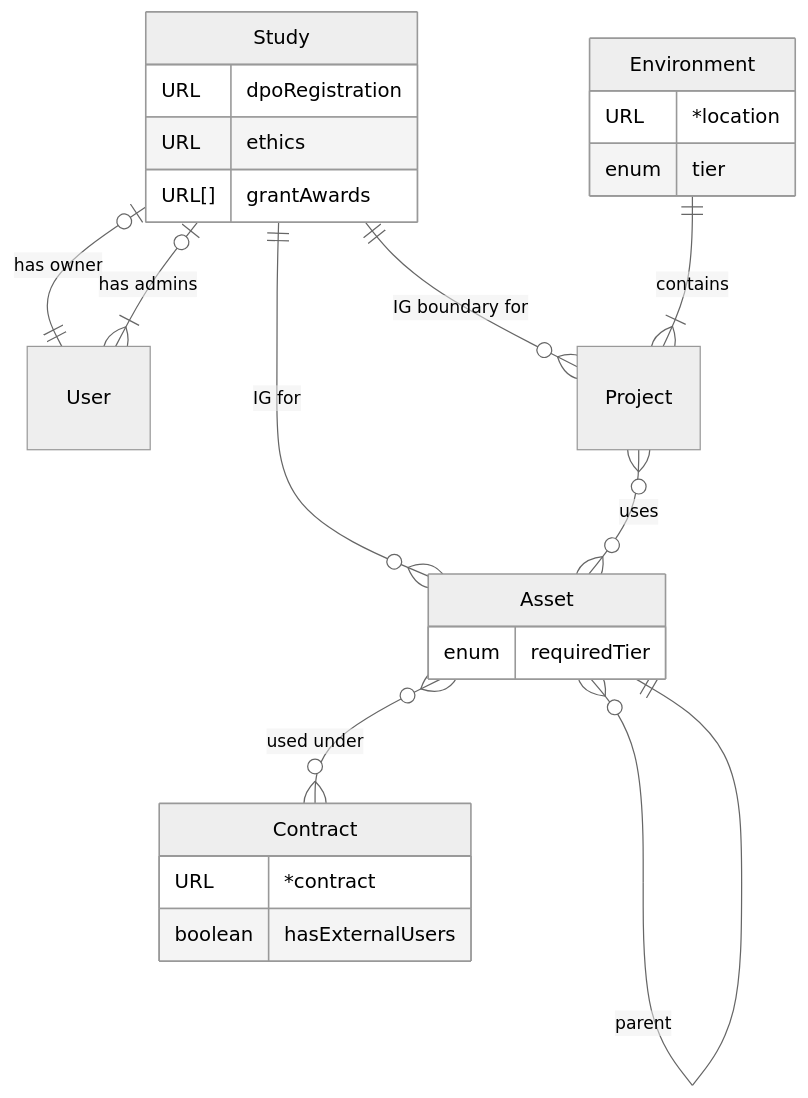
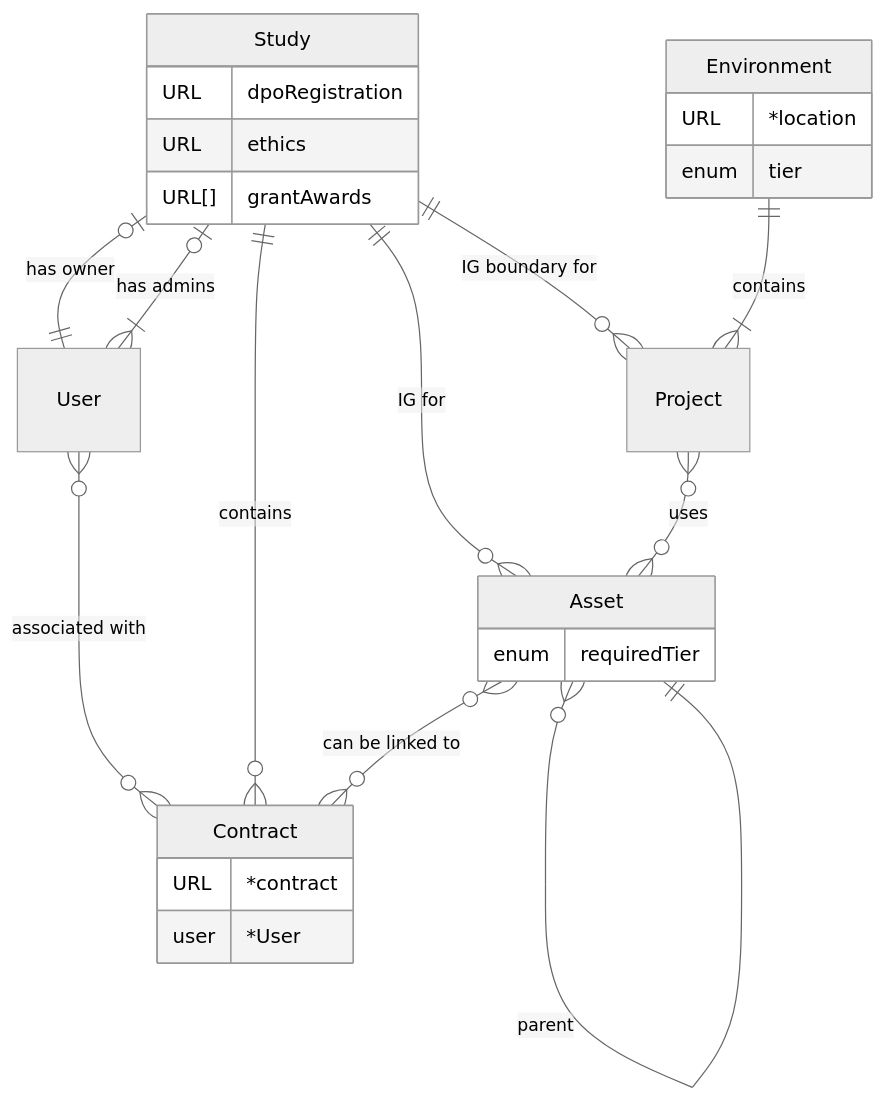
One commit to ucl-arc-tre/portal changed the diagram in docs/High-Level_Design.md. Above: the diagram before and after it, drawn with Mermaid (neutral theme). The commit also changed other lines of this file and 1 other file, not shown here.

Commit message:
updating erd (#449)
* changing contract relation to asset + study + user

* cmd

* updating blurb

* re-adding parent relationship

* rm ignored paths

````diff
--- a/docs/High-Level_Design.md
+++ b/docs/High-Level_Design.md
@@ -95,28 +95,32 @@
 ```mermaid
 erDiagram
-User
+User }o--o{ Contract:"associated with"
 Study {
     URL dpoRegistration
     URL ethics
     URL[] grantAwards
 }
 Study |o--|| User : "has owner"
 Study |o--|{ User : "has admins"
 Asset {
     enum requiredTier
 }
 Study ||--o{ Asset : "IG for"
+Study ||--o{ Contract : "contains"
+Contract{
+    URL *contract
+    user *User
+}
+
+
+Asset }o--o{ Contract : "can be linked to"
 Asset }o--|| Asset : parent
-Contract {
-    URL *contract
-    boolean hasExternalUsers
-}
-Asset }o--o{ Contract : "used under"
+
 Study ||--o{ Project : "IG boundary for"
 Project }o--o{ Asset : uses
 Environment {
     URL *location
     enum tier
 }
 Environment ||--|{ Project : contains
 ```
````
